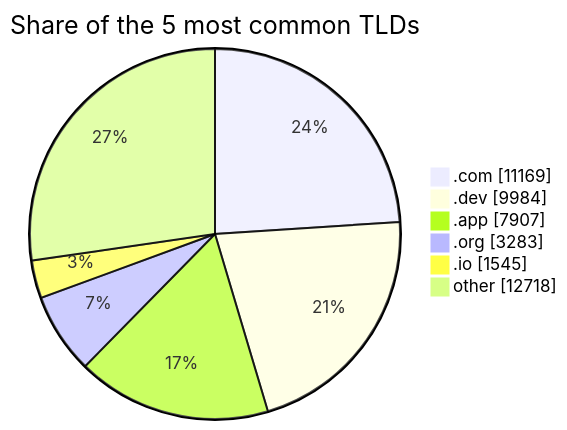
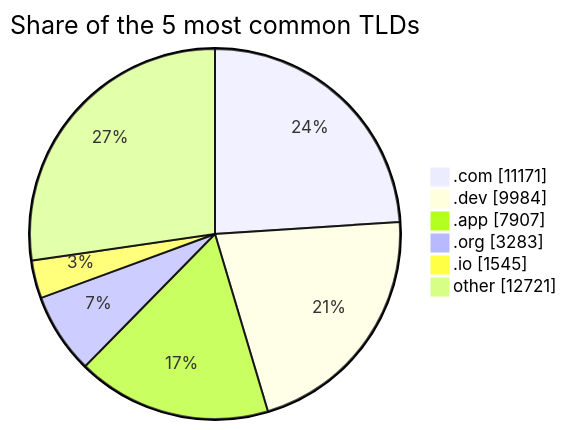
One commit to DNSBunker/CTI changed the third of 3 diagrams in README.md. Above: the diagram before and after it, drawn with Mermaid. The commit also changed other lines of this file and 3 other files, not shown here.

````diff
--- a/README.md
+++ b/README.md
@@ -81,9 +81,9 @@
 ```mermaid
 pie showData title Share of the 5 most common TLDs
-    ".com" : 11169
+    ".com" : 11171
     ".dev" : 9984
     ".app" : 7907
     ".org" : 3283
     ".io" : 1545
-    "other" : 12718
+    "other" : 12721
 ```
````
